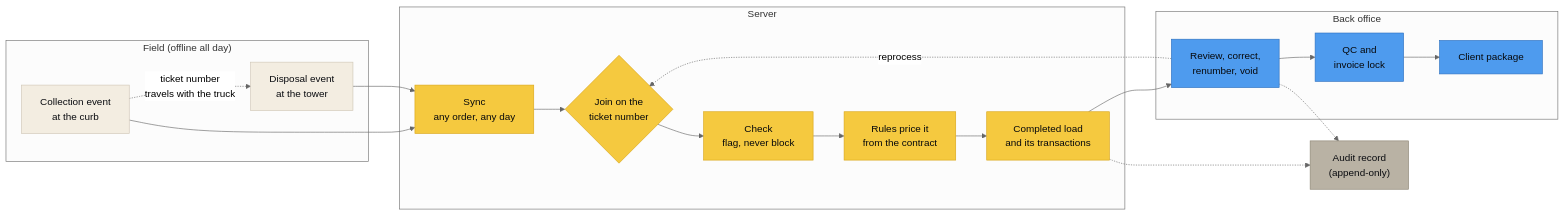
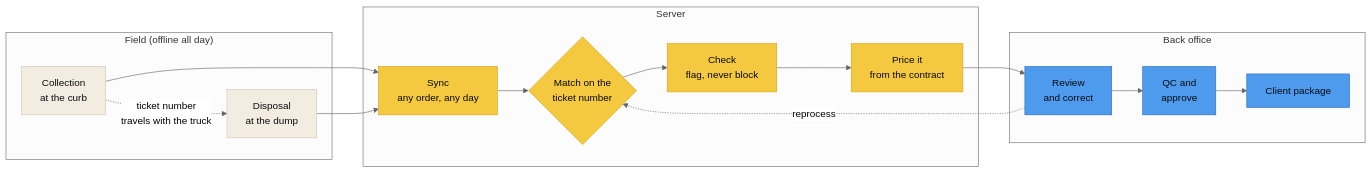
The first of 2 diagrams in README.md (MrRyanAlexander/openadms), drawn with Mermaid (neutral theme) before and after one commit. The commit also changed other lines of this file and 2 other files, not shown here.

````diff
--- a/README.md
+++ b/README.md
@@ -63,31 +170,26 @@
 ```mermaid
 flowchart LR
     subgraph FIELD["Field (offline all day)"]
-      A["Collection event<br/>at the curb"] -. "ticket number<br/>travels with the truck" .-> B["Disposal event<br/>at the tower"]
+      A["Collection<br/>at the curb"] -. "ticket number<br/>travels with the truck" .-> B["Disposal<br/>at the dump"]
     end
     subgraph SERVER["Server"]
-      C["Sync<br/>any order, any day"] --> D{"Join on the<br/>ticket number"}
+      C["Sync<br/>any order, any day"] --> D{"Match on the<br/>ticket number"}
       D --> E["Check<br/>flag, never block"]
-      E --> F["Rules price it<br/>from the contract"]
-      F --> G["Completed load<br/>and its transactions"]
+      E --> F["Price it<br/>from the contract"]
     end
     subgraph OFFICE["Back office"]
-      H["Review, correct,<br/>renumber, void"] --> I["QC and<br/>invoice lock"]
+      H["Review<br/>and correct"] --> I["QC and<br/>approve"]
       I --> J["Client package"]
     end
     A --> C
     B --> C
-    G --> H
+    F --> H
     H -. "reprocess" .-> D
-    G -.-> X["Audit record<br/>(append-only)"]
-    H -.-> X
 
     classDef paper fill:#F3EDE1,stroke:#CFC6B5,color:#0A0C10
     classDef yellow fill:#F5C93F,stroke:#D9A517,color:#07090C
     classDef blue fill:#4E9BEE,stroke:#2C6FBF,color:#07090C
-    classDef mute fill:#B9B2A4,stroke:#8C8473,color:#0A0C10
     class A,B paper
-    class C,D,E,F,G yellow
+    class C,D,E,F yellow
     class H,I,J blue
-    class X mute
 ```
````
